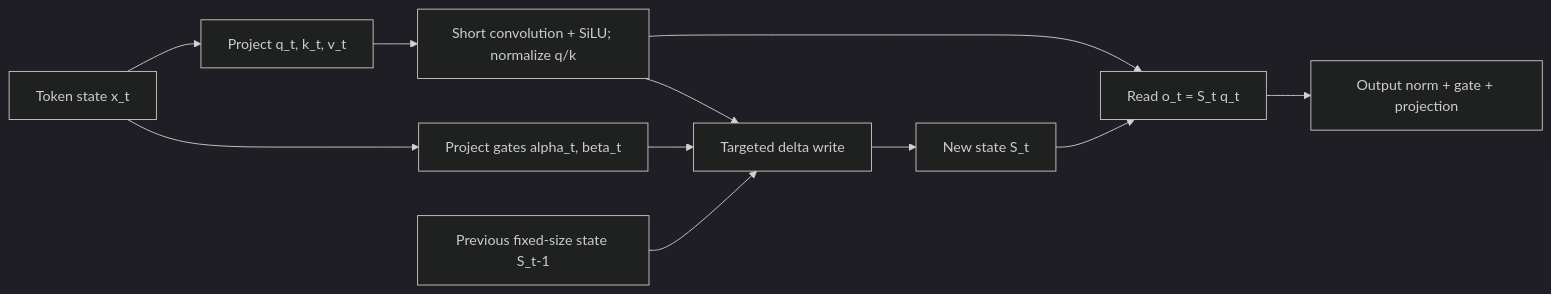
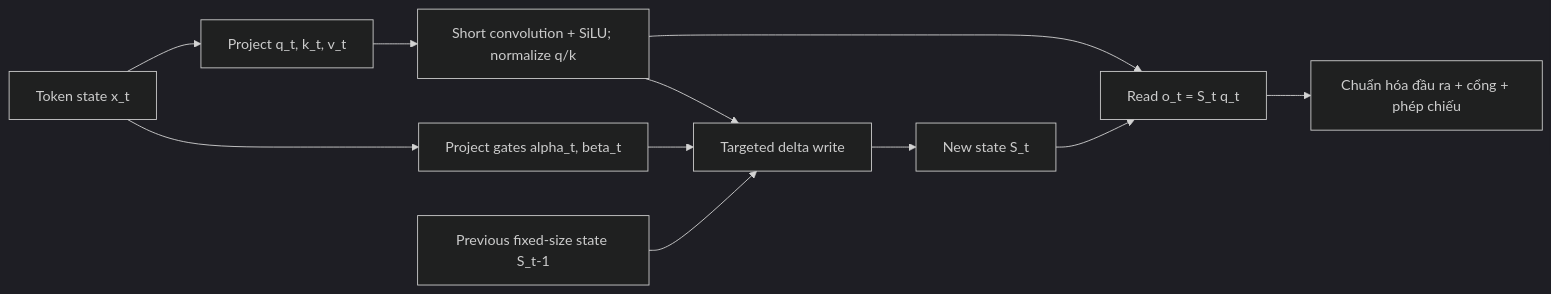
The diagram in docs/research_finding/01-gwen/module_details/LLM_modules/Gated_DeltaNet.md (cycler04/VinRobotics-VLA), drawn with Mermaid (dark theme) before and after one commit. The commit also changed other lines of this file and 79 other files, not shown here.

````diff
--- a/docs/research_finding/01-gwen/module_details/LLM_modules/Gated_DeltaNet.md
+++ b/docs/research_finding/01-gwen/module_details/LLM_modules/Gated_DeltaNet.md
@@ -77,13 +77,13 @@
 ```mermaid
 flowchart LR
     X[Token state x_t] --> QKV[Project q_t, k_t, v_t]
     X --> AB[Project gates alpha_t, beta_t]
     QKV --> CONV[Short convolution + SiLU; normalize q/k]
     CONV --> READ[Read o_t = S_t q_t]
     CONV --> UPDATE[Targeted delta write]
     AB --> UPDATE
     S[Previous fixed-size state S_t-1] --> UPDATE
     UPDATE --> NS[New state S_t]
     NS --> READ
-    READ --> OG[Output norm + gate + projection]
+    READ --> OG[Chuẩn hóa đầu ra + cổng + phép chiếu]
 ```
````
